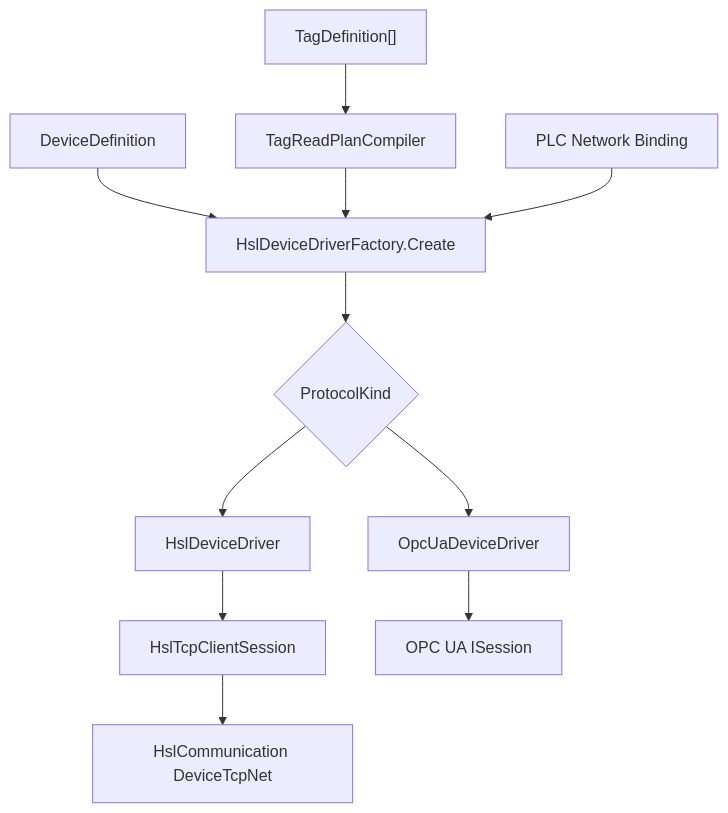
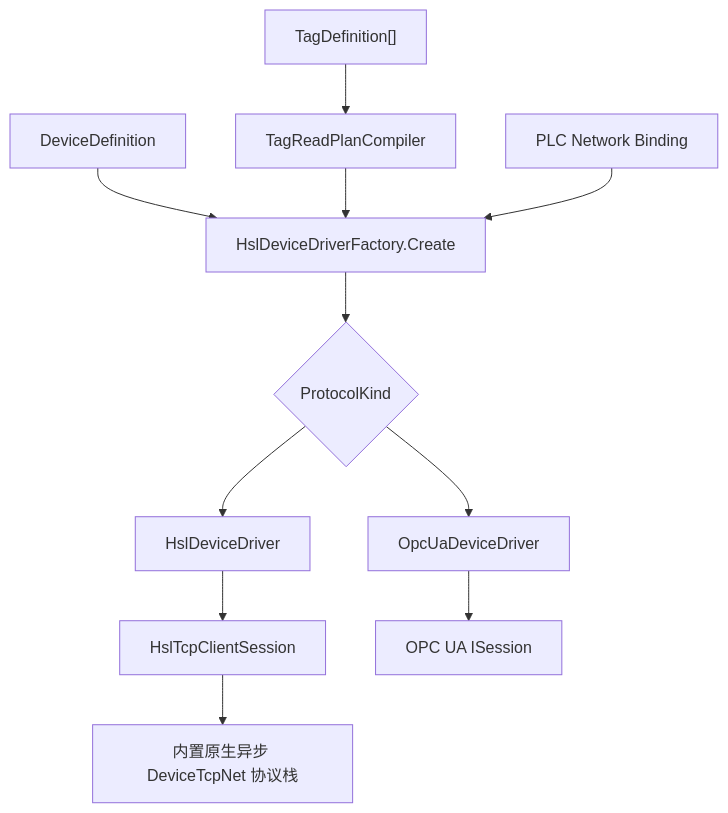
Before and after one commit to XTH6878/EdgeNexus: the first of 2 diagrams in docs/PLC-Drivers.md, drawn with Mermaid. The commit also changed other lines of this file and 22 other files, not shown here.

Commit message:
feat(protocols): replace HslCommunication with native async PLC stack, optimize hot paths, and add Apache-2.0 license

````diff
--- a/docs/PLC-Drivers.md
+++ b/docs/PLC-Drivers.md
@@ -38,13 +38,13 @@
 ```mermaid
 flowchart TD
     Device["DeviceDefinition"] --> Factory["HslDeviceDriverFactory.Create"]
     Tags["TagDefinition[]"] --> Plan["TagReadPlanCompiler"]
     Plan --> Factory
     Factory --> Choice{"ProtocolKind"}
     Choice --> HSL["HslDeviceDriver"]
     Choice --> OPC["OpcUaDeviceDriver"]
     HSL --> Session["HslTcpClientSession"]
-    Session --> Client["HslCommunication DeviceTcpNet"]
+    Session --> Client["内置原生异步 DeviceTcpNet 协议栈"]
     OPC --> UaSession["OPC UA ISession"]
     Network["PLC Network Binding"] --> Factory
 ```
````
